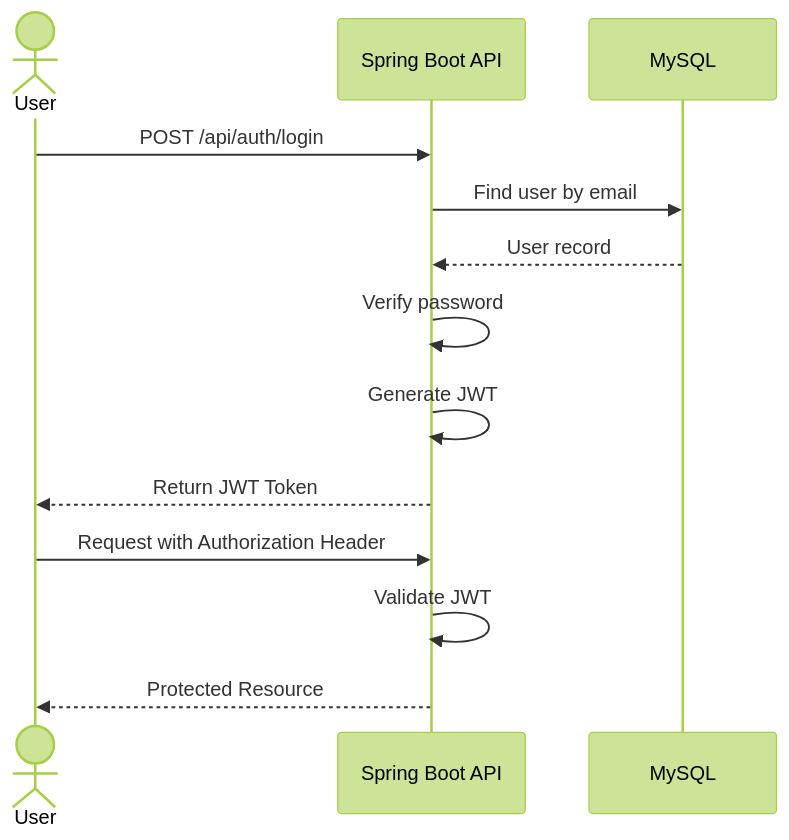
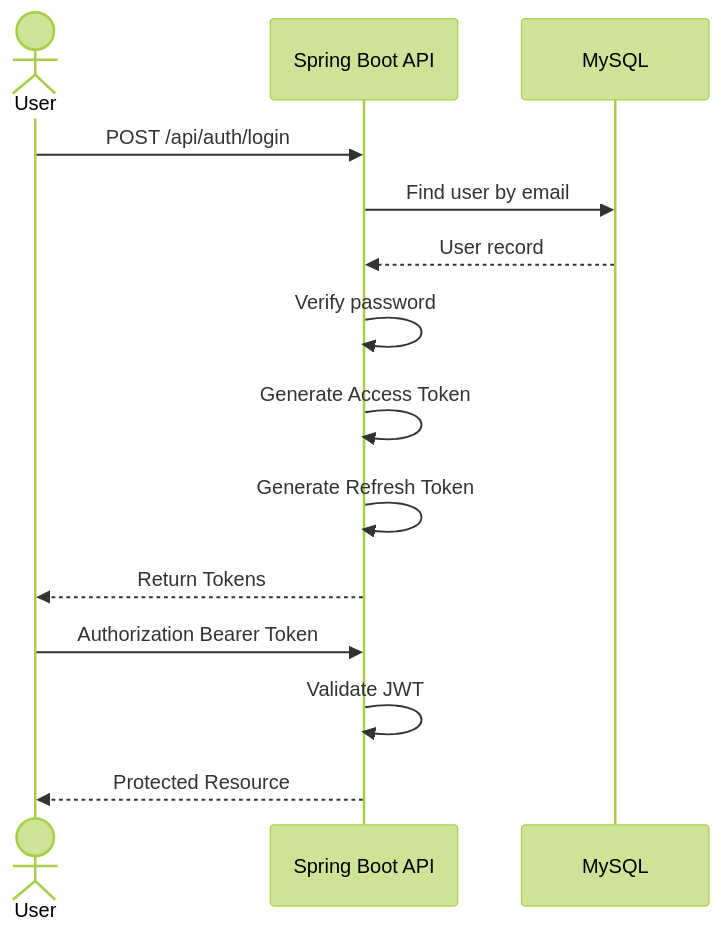
Before and after one commit to huenguyenkim/Taskflow: the second of 4 diagrams in README.md, drawn with Mermaid (forest theme). The commit also changed other lines of this file, not shown here.

````diff
--- a/README.md
+++ b/README.md
@@ -113,27 +134,28 @@
 ```mermaid
 sequenceDiagram
 
     actor User
 
     participant API as Spring Boot API
-
     participant DB as MySQL
 
     User->>API: POST /api/auth/login
 
     API->>DB: Find user by email
 
     DB-->>API: User record
 
     API->>API: Verify password
 
-    API->>API: Generate JWT
+    API->>API: Generate Access Token
 
-    API-->>User: Return JWT Token
+    API->>API: Generate Refresh Token
 
-    User->>API: Request with Authorization Header
+    API-->>User: Return Tokens
+
+    User->>API: Authorization Bearer Token
 
     API->>API: Validate JWT
 
     API-->>User: Protected Resource
 ```
````
